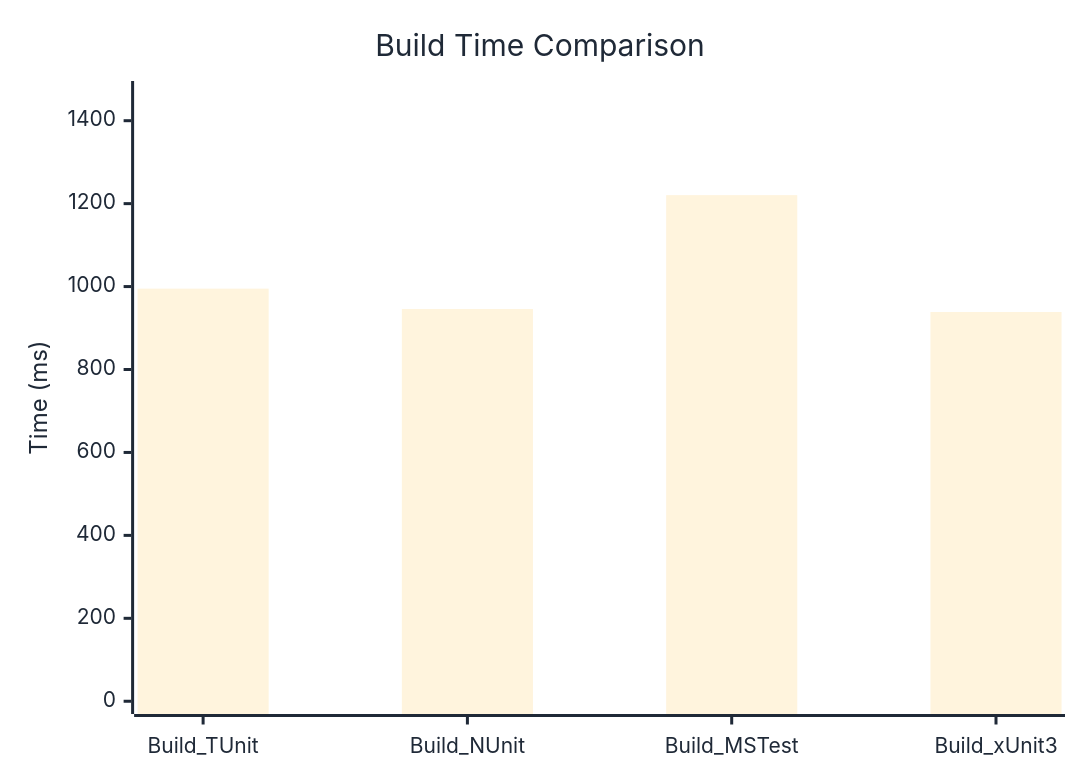
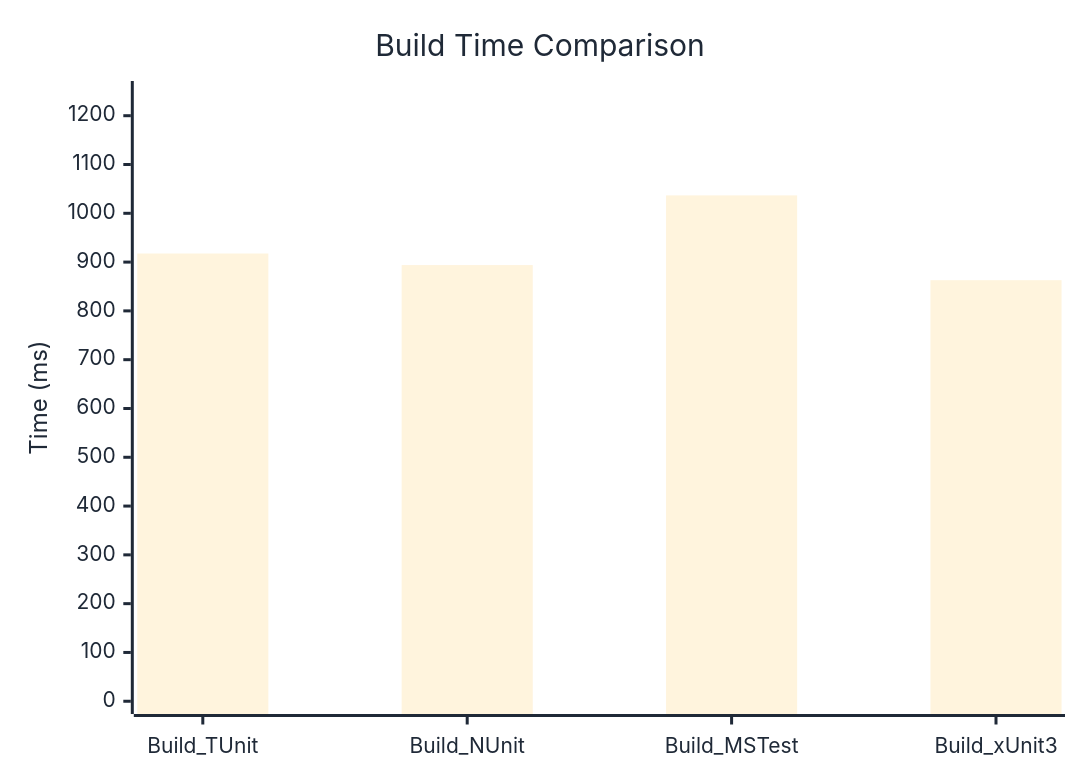
Before and after one commit to thomhurst/TUnit: the diagram in docs/docs/benchmarks/engine/BuildTime.md, drawn with Mermaid. The commit also changed other lines of this file and 18 other files, not shown here.

````diff
--- a/docs/docs/benchmarks/engine/BuildTime.md
+++ b/docs/docs/benchmarks/engine/BuildTime.md
@@ -30,37 +30,37 @@
 ```mermaid
 %%{init: {
   'theme':'base',
   'themeVariables': {
     'primaryColor': '#2563eb',
     'primaryTextColor': '#1f2937',
     'primaryBorderColor': '#1e40af',
     'lineColor': '#6b7280',
     'secondaryColor': '#7c3aed',
     'tertiaryColor': '#dc2626',
     'background': '#ffffff',
     'mainBkg': '#2563eb',
     'secondBkg': '#7c3aed',
     'tertiaryBkg': '#dc2626',
     'clusterBkg': '#f3f4f6',
     'edgeLabelBackground': '#ffffff',
     'tertiaryTextColor': '#1f2937',
     'pie1': '#2563eb',
     'pie2': '#7c3aed',
     'pie3': '#dc2626',
     'pie4': '#f59e0b',
     'pie5': '#10b981',
     'pie6': '#06b6d4',
     'pie7': '#ec4899',
     'pie8': '#6366f1',
     'pie9': '#84cc16',
     'pie10': '#f97316',
     'pie11': '#14b8a6',
     'pie12': '#a855f7'
   }
 }}%%
 xychart-beta
   title "Build Time Comparison"
   x-axis ["Build_TUnit", "Build_NUnit", "Build_MSTest", "Build_xUnit3"]
-  y-axis "Time (ms)" 0 --> 1465
-  bar [995, 945.9, 1220.5, 938.7]
+  y-axis "Time (ms)" 0 --> 1245
+  bar [917.6, 893.9, 1036.7, 862.9]
 ```
````
